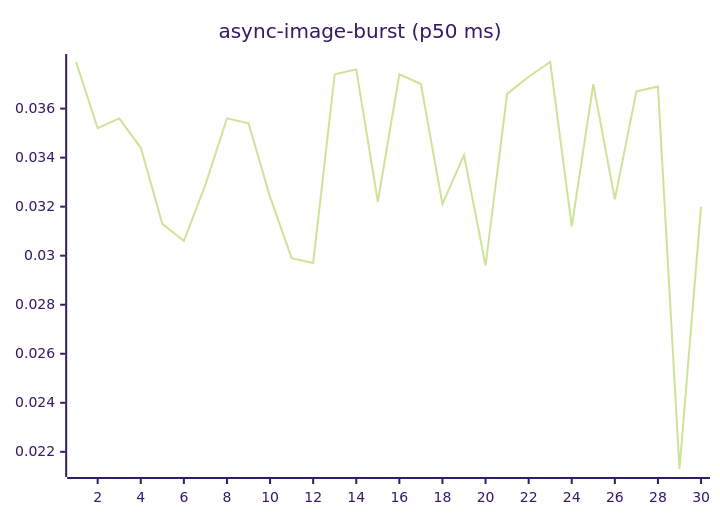
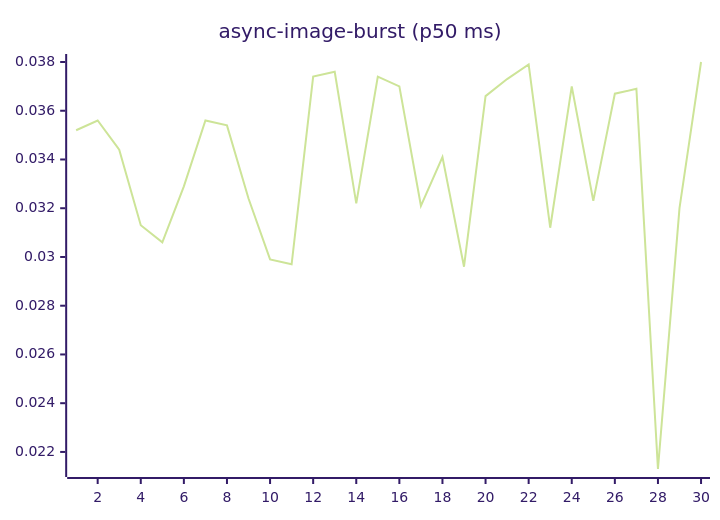
One commit to josha/Facet changed the fourth of 27 diagrams in README.md. Above: the diagram before and after it, drawn with Mermaid (forest theme). The commit also changed other lines of this file and 2 other files, not shown here.

````diff
--- a/README.md
+++ b/README.md
@@ -84,6 +84,6 @@
 ```mermaid
 xychart-beta
     title "async-image-burst (p50 ms)"
     x-axis 1 --> 30
-    line [0.0379, 0.0352, 0.0356, 0.0344, 0.0313, 0.0306, 0.0329, 0.0356, 0.0354, 0.0324, 0.0299, 0.0297, 0.0374, 0.0376, 0.0322, 0.0374, 0.0370, 0.0321, 0.0341, 0.0296, 0.0366, 0.0373, 0.0379, 0.0312, 0.0370, 0.0323, 0.0367, 0.0369, 0.0213, 0.0320]
+    line [0.0352, 0.0356, 0.0344, 0.0313, 0.0306, 0.0329, 0.0356, 0.0354, 0.0324, 0.0299, 0.0297, 0.0374, 0.0376, 0.0322, 0.0374, 0.0370, 0.0321, 0.0341, 0.0296, 0.0366, 0.0373, 0.0379, 0.0312, 0.0370, 0.0323, 0.0367, 0.0369, 0.0213, 0.0320, 0.0380]
 ```
````
